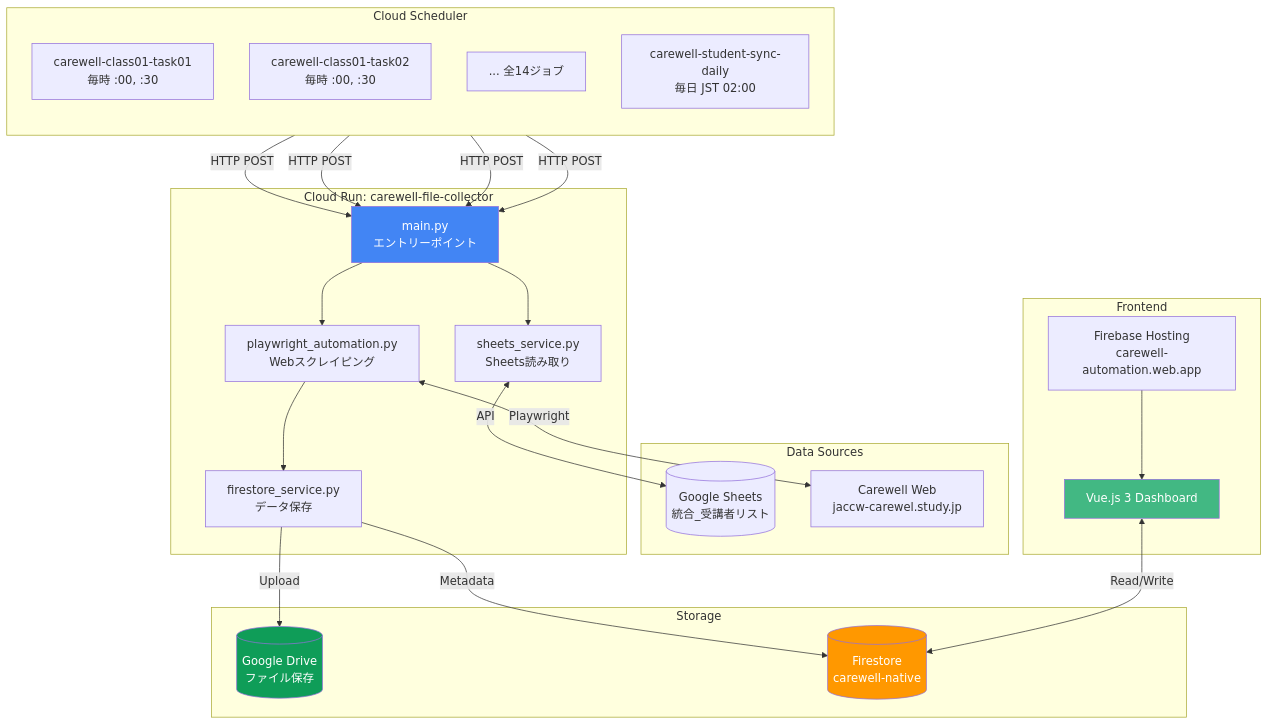
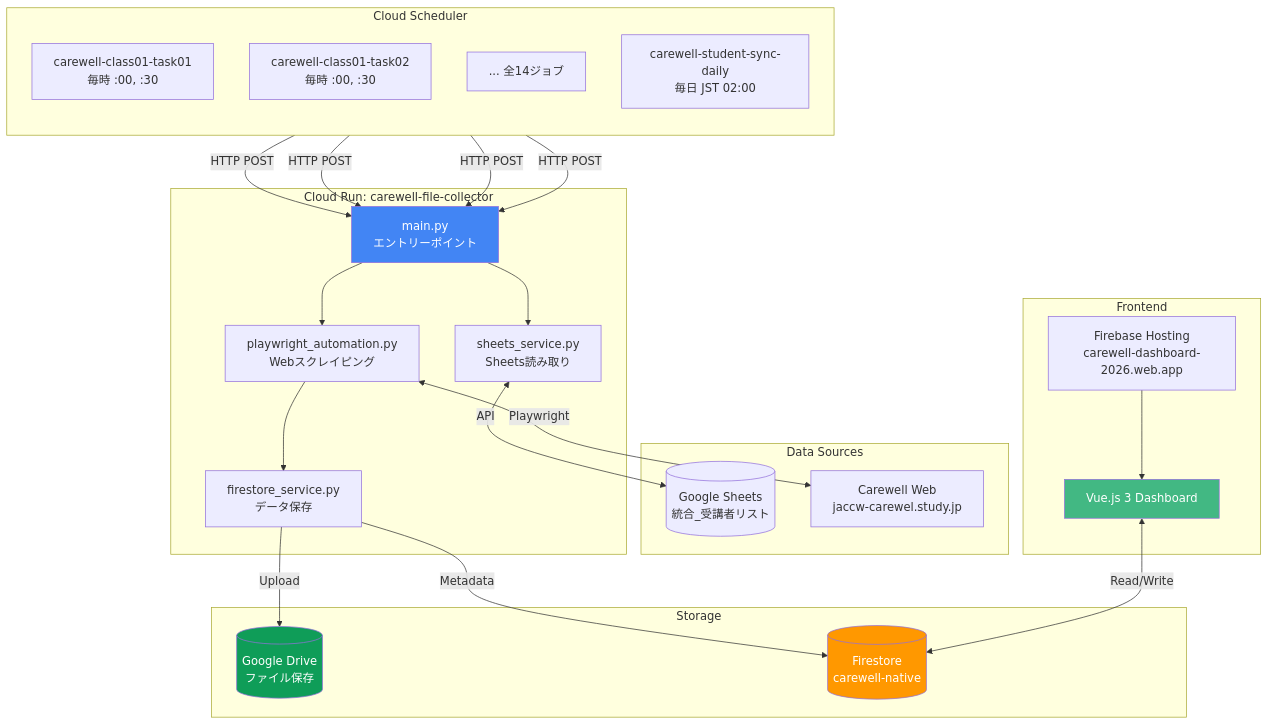
Before and after one commit to yasushi-honda/carewell-gcp-drive-automation: the first of 3 diagrams in docs/README.md, drawn with Mermaid. The commit also changed other lines of this file and 19 other files, not shown here.

````diff
--- a/docs/README.md
+++ b/docs/README.md
@@ -27,49 +28,49 @@
 ```mermaid
 graph TB
     subgraph "Data Sources"
         GS[("Google Sheets<br/>統合_受講者リスト")]
         CW["Carewell Web<br/>jaccw-carewel.study.jp"]
     end
 
     subgraph "Cloud Scheduler"
         direction TB
         CS1["carewell-class01-task01<br/>毎時 :00, :30"]
         CS2["carewell-class01-task02<br/>毎時 :00, :30"]
         CS3["... 全14ジョブ"]
         CS4["carewell-student-sync-daily<br/>毎日 JST 02:00"]
     end
 
     subgraph "Cloud Run: carewell-file-collector"
         MAIN["main.py<br/>エントリーポイント"]
         PA["playwright_automation.py<br/>Webスクレイピング"]
         FS["firestore_service.py<br/>データ保存"]
         SS["sheets_service.py<br/>Sheets読み取り"]
     end
 
     subgraph "Storage"
         GD[("Google Drive<br/>ファイル保存")]
         FB[("Firestore<br/>carewell-native")]
     end
 
     subgraph "Frontend"
-        FH["Firebase Hosting<br/>carewell-automation.web.app"]
+        FH["Firebase Hosting<br/>carewell-dashboard-2026.web.app"]
         VUE["Vue.js 3 Dashboard"]
     end
 
     CS1 & CS2 & CS3 -->|HTTP POST| MAIN
     CS4 -->|HTTP POST| MAIN
     MAIN --> PA
     MAIN --> SS
     PA <-->|Playwright| CW
     SS <-->|API| GS
     PA --> FS
     FS -->|Upload| GD
     FS -->|Metadata| FB
     VUE <-->|Read/Write| FB
     FH --> VUE
 
     style MAIN fill:#4285f4,color:#fff
     style FB fill:#ff9800,color:#fff
     style GD fill:#0f9d58,color:#fff
     style VUE fill:#42b883,color:#fff
 ```
````
